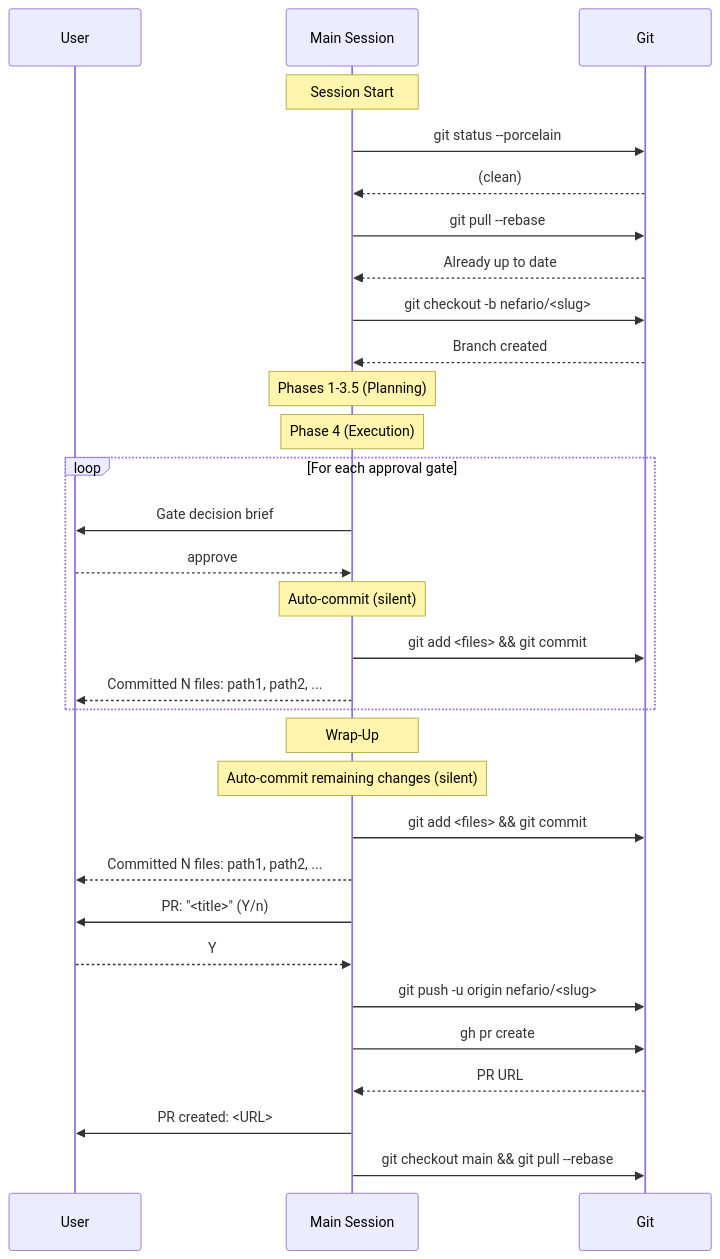
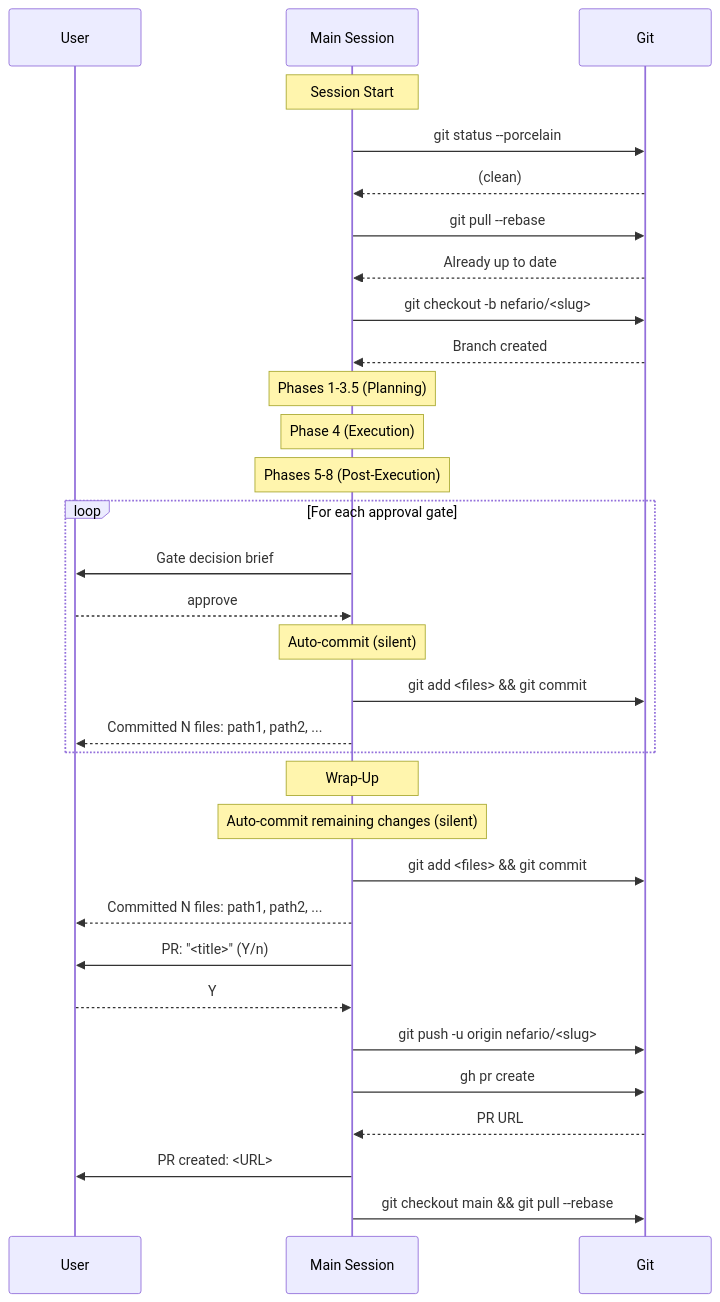
One commit to benpeter/despicable-agents changed the first of 2 diagrams in docs/commit-workflow.md. Above: the diagram before and after it, drawn with Mermaid. The commit also changed other lines of this file and 9 other files, not shown here.

````diff
--- a/docs/commit-workflow.md
+++ b/docs/commit-workflow.md
@@ -59,38 +59,39 @@
 ```mermaid
 sequenceDiagram
     participant User
     participant Main as Main Session
     participant Git
 
     Note over Main: Session Start
     Main->>Git: git status --porcelain
     Git-->>Main: (clean)
     Main->>Git: git pull --rebase
     Git-->>Main: Already up to date
     Main->>Git: git checkout -b nefario/<slug>
     Git-->>Main: Branch created
 
     Note over Main: Phases 1-3.5 (Planning)
     Note over Main: Phase 4 (Execution)
+    Note over Main: Phases 5-8 (Post-Execution)
 
     loop For each approval gate
         Main->>User: Gate decision brief
         User-->>Main: approve
         Note over Main: Auto-commit (silent)
         Main->>Git: git add <files> && git commit
         Main-->>User: Committed N files: path1, path2, ...
     end
 
     Note over Main: Wrap-Up
     Note over Main: Auto-commit remaining changes (silent)
     Main->>Git: git add <files> && git commit
     Main-->>User: Committed N files: path1, path2, ...
 
     Main->>User: PR: "<title>" (Y/n)
     User-->>Main: Y
     Main->>Git: git push -u origin nefario/<slug>
     Main->>Git: gh pr create
     Git-->>Main: PR URL
     Main->>User: PR created: <URL>
     Main->>Git: git checkout main && git pull --rebase
 ```
````
